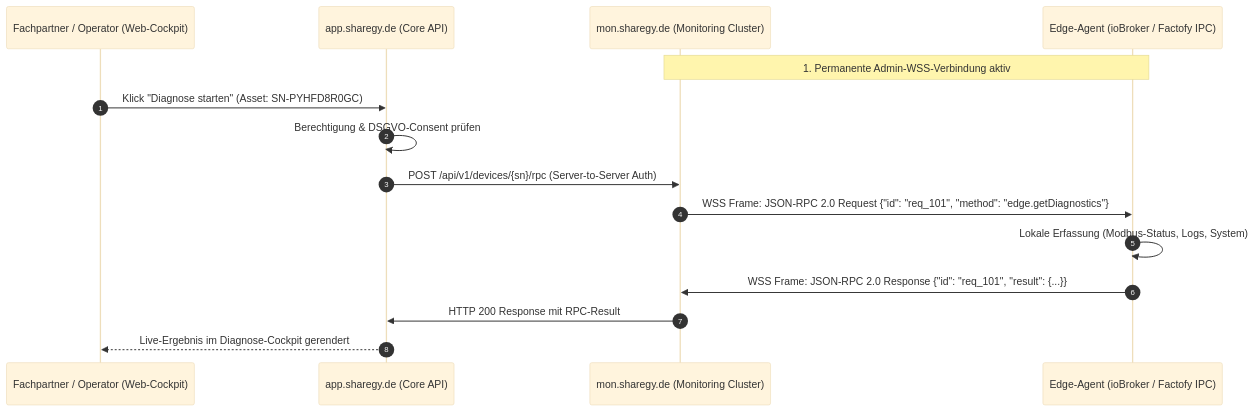
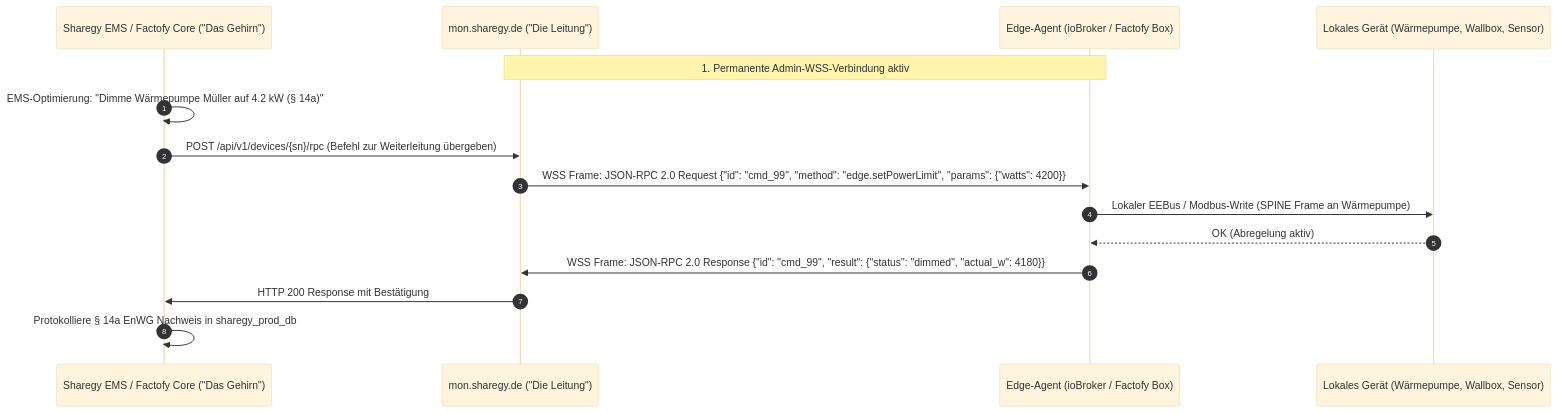
One commit to smartcuc/homeassistant-sharegy changed the diagram in docs/architecture/DECOUPLED_MONITORING_AND_REMOTE_RPC_ARCHITECTURE.md. Above: the diagram before and after it, drawn with Mermaid (base theme). The commit also changed other lines of this file and 1 other file, not shown here.

Commit message:
docs: clarify brain vs carrier separation, Factofy municipality context, and dedicated git repo strategy

````diff
--- a/docs/architecture/DECOUPLED_MONITORING_AND_REMOTE_RPC_ARCHITECTURE.md
+++ b/docs/architecture/DECOUPLED_MONITORING_AND_REMOTE_RPC_ARCHITECTURE.md
@@ -84,18 +91,18 @@
 ```mermaid
 sequenceDiagram
     autonumber
-    participant Partner as Fachpartner / Operator (Web-Cockpit)
-    participant Core as app.sharegy.de (Core API)
-    participant Mon as mon.sharegy.de (Monitoring Cluster)
-    participant Edge as Edge-Agent (ioBroker / Factofy IPC)
+    participant App as Sharegy EMS / Factofy Core ("Das Gehirn")
+    participant Mon as mon.sharegy.de ("Die Leitung")
+    participant Edge as Edge-Agent (ioBroker / Factofy Box)
+    participant HW as Lokales Gerät (Wärmepumpe, Wallbox, Sensor)
 
     Note over Edge,Mon: 1. Permanente Admin-WSS-Verbindung aktiv
-    Partner->>Core: Klick "Diagnose starten" (Asset: SN-PYHFD8R0GC)
-    Core->>Core: Berechtigung & DSGVO-Consent prüfen
-    Core->>Mon: POST /api/v1/devices/{sn}/rpc (Server-to-Server Auth)
-    Mon->>Edge: WSS Frame: JSON-RPC 2.0 Request {"id": "req_101", "method": "edge.getDiagnostics"}
-    Edge->>Edge: Lokale Erfassung (Modbus-Status, Logs, System)
-    Edge->>Mon: WSS Frame: JSON-RPC 2.0 Response {"id": "req_101", "result": {...}}
-    Mon->>Core: HTTP 200 Response mit RPC-Result
-    Core-->>Partner: Live-Ergebnis im Diagnose-Cockpit gerendert
+    App->>App: EMS-Optimierung: "Dimme Wärmepumpe Müller auf 4.2 kW (§ 14a)"
+    App->>Mon: POST /api/v1/devices/{sn}/rpc (Befehl zur Weiterleitung übergeben)
+    Mon->>Edge: WSS Frame: JSON-RPC 2.0 Request {"id": "cmd_99", "method": "edge.setPowerLimit", "params": {"watts": 4200}}
+    Edge->>HW: Lokaler EEBus / Modbus-Write (SPINE Frame an Wärmepumpe)
+    HW-->>Edge: OK (Abregelung aktiv)
+    Edge->>Mon: WSS Frame: JSON-RPC 2.0 Response {"id": "cmd_99", "result": {"status": "dimmed", "actual_w": 4180}}
+    Mon->>App: HTTP 200 Response mit Bestätigung
+    App->>App: Protokolliere § 14a EnWG Nachweis in sharegy_prod_db
 ```
````
